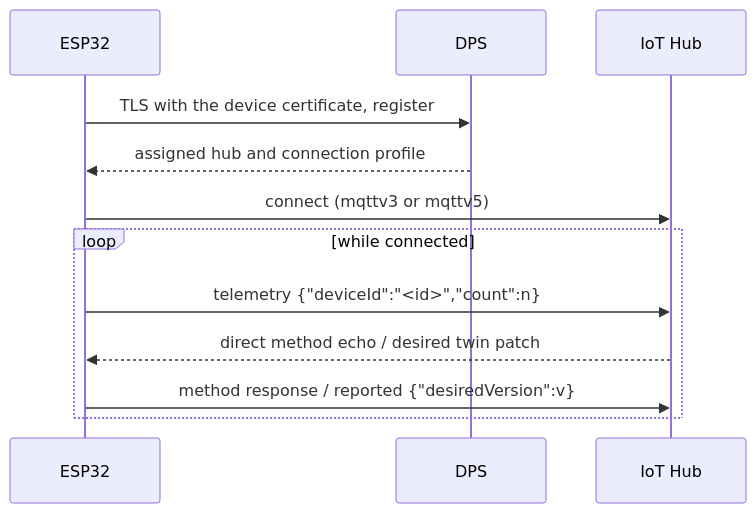
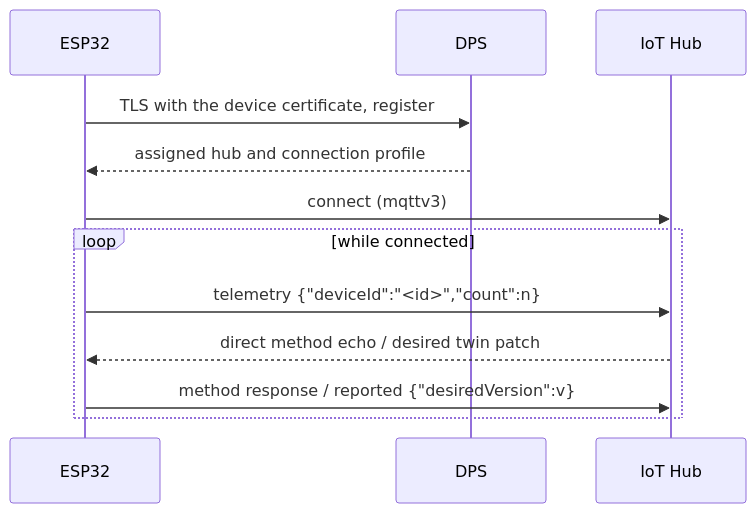
The diagram in c/samples/unified/esp32/README.md (Azure/azure-iot-sdk), drawn with Mermaid before and after one commit. The commit also changed other lines of this file and 57 other files, not shown here.

Commit message:
[C] Samples: remove the mqttv5 hub paths

````diff
--- a/c/samples/unified/esp32/README.md
+++ b/c/samples/unified/esp32/README.md
@@ -24,14 +22,14 @@
 ```mermaid
 sequenceDiagram
     participant D as ESP32
     participant DPS
     participant Hub as IoT Hub
     D->>DPS: TLS with the device certificate, register
     DPS-->>D: assigned hub and connection profile
-    D->>Hub: connect (mqttv3 or mqttv5)
+    D->>Hub: connect (mqttv3)
     loop while connected
         D->>Hub: telemetry {"deviceId":"<id>","count":n}
         Hub-->>D: direct method echo / desired twin patch
         D->>Hub: method response / reported {"desiredVersion":v}
     end
 ```
````
